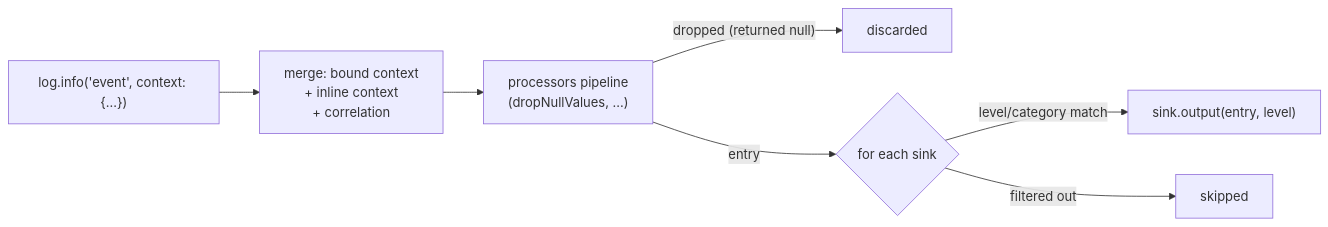
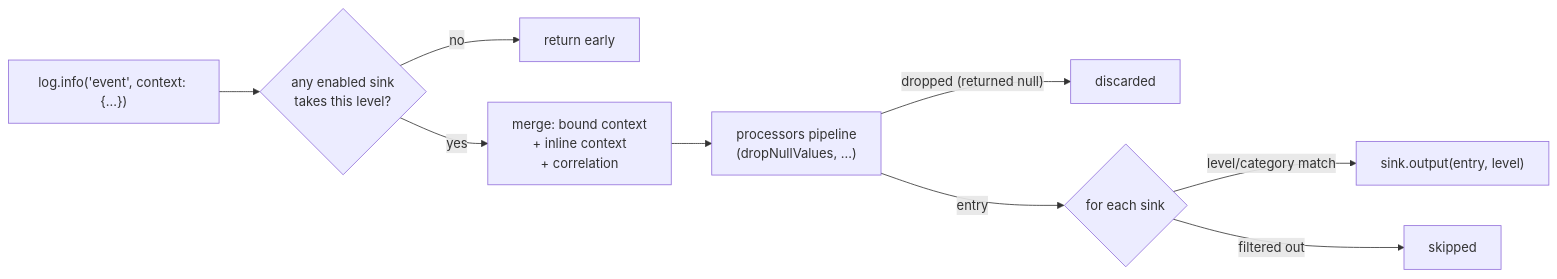
One commit to pese-git/structured_log changed the diagram in emb/structured_log/README.md. Above: the diagram before and after it, drawn with Mermaid. The commit also changed other lines of this file and 4 other files, not shown here.

````diff
--- a/emb/structured_log/README.md
+++ b/emb/structured_log/README.md
@@ -105,9 +109,11 @@
 ```mermaid
 flowchart LR
-    A["log.info('event', context: {...})"] --> B["merge: bound context<br/>+ inline context<br/>+ correlation"]
+    A["log.info('event', context: {...})"] --> L{"any enabled sink<br/>takes this level?"}
+    L -->|no| Y[return early]
+    L -->|yes| B["merge: bound context<br/>+ inline context<br/>+ correlation"]
     B --> C["processors pipeline<br/>(dropNullValues, ...)"]
     C -->|"dropped (returned null)"| X[discarded]
     C -->|entry| D{"for each sink"}
     D -->|"level/category match"| E["sink.output(entry, level)"]
     D -->|"filtered out"| F[skipped]
 ```
````
